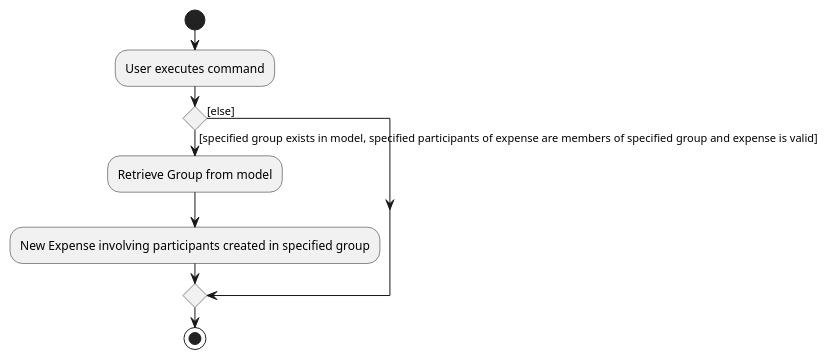
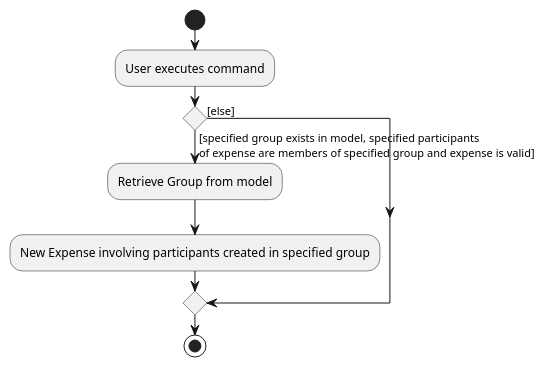
Before and after one commit to ramapriyan912001/tp: the diagram in docs/diagrams/AddExpenseActivityDiagram.puml, drawn with PlantUML. The commit also changed 3 other files, not shown here.

```diff
--- a/docs/diagrams/AddExpenseActivityDiagram.puml
+++ b/docs/diagrams/AddExpenseActivityDiagram.puml
@@ -1,15 +1,15 @@
 @startuml
 start
 :User executes command;
 
 'Since the beta syntax does not support placing the condition outside the
 'diamond we place it as the true branch instead.
 
-if () then ([specified group exists in model, specified participants of expense are members of specified group and expense is valid])
+if () then ([specified group exists in model, specified participants \nof expense are members of specified group and expense is valid])
     :Retrieve Group from model;
     :New Expense involving participants created in specified group;
 
 else([else])
 endif
 stop
 @enduml
```
